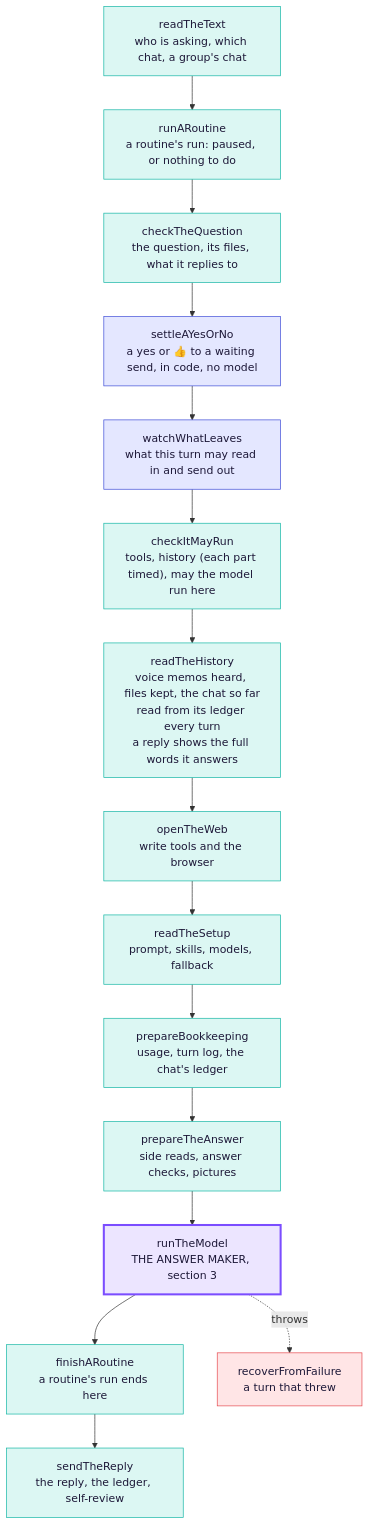
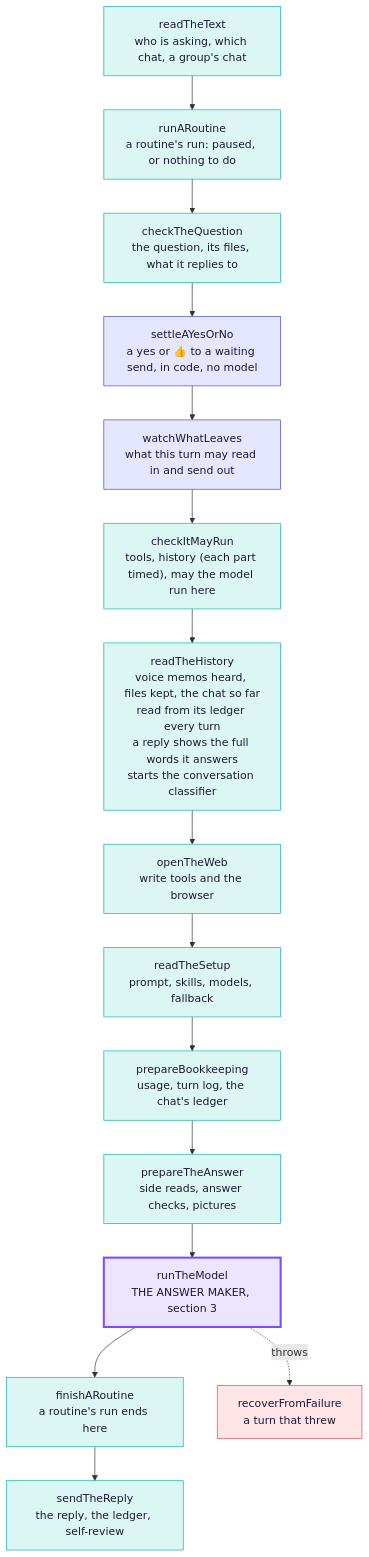
The second of 3 diagrams in docs/architecture/tex.md (Supa-Media/context), drawn with Mermaid before and after one commit. The commit also changed other lines of this file and 17 other files, not shown here.

````diff
--- a/docs/architecture/tex.md
+++ b/docs/architecture/tex.md
@@ -81,24 +81,24 @@
 ```mermaid
 flowchart TB
   readTheText["readTheText<br/>who is asking, which chat, a group's chat"]:::step
   runARoutine["runARoutine<br/>a routine's run: paused, or nothing to do"]:::step
   checkTheQuestion["checkTheQuestion<br/>the question, its files, what it replies to"]:::step
   settleAYesOrNo["settleAYesOrNo<br/>a yes or 👍 to a waiting send, in code, no model"]:::rail
   watchWhatLeaves["watchWhatLeaves<br/>what this turn may read in and send out"]:::rail
   checkItMayRun["checkItMayRun<br/>tools, history (each part timed), may the model run here"]:::step
-  readTheHistory["readTheHistory<br/>voice memos heard, files kept, the chat so far<br/>read from its ledger every turn<br/>a reply shows the full words it answers"]:::step
+  readTheHistory["readTheHistory<br/>voice memos heard, files kept, the chat so far<br/>read from its ledger every turn<br/>a reply shows the full words it answers<br/>starts the conversation classifier"]:::step
   openTheWeb["openTheWeb<br/>write tools and the browser"]:::step
   readTheSetup["readTheSetup<br/>prompt, skills, models, fallback"]:::step
   prepareBookkeeping["prepareBookkeeping<br/>usage, turn log, the chat's ledger"]:::step
   prepareTheAnswer["prepareTheAnswer<br/>side reads, answer checks, pictures"]:::step
   runTheModel["runTheModel<br/>THE ANSWER MAKER, section 3"]:::model
   finishARoutine["finishARoutine<br/>a routine's run ends here"]:::step
   sendTheReply["sendTheReply<br/>the reply, the ledger, self-review"]:::step
   recoverFromFailure["recoverFromFailure<br/>a turn that threw"]:::fail
   readTheText --> runARoutine --> checkTheQuestion --> settleAYesOrNo --> watchWhatLeaves --> checkItMayRun --> readTheHistory --> openTheWeb --> readTheSetup --> prepareBookkeeping --> prepareTheAnswer --> runTheModel --> finishARoutine --> sendTheReply
   runTheModel -. throws .-> recoverFromFailure
   classDef step fill:#dcf7f3,stroke:#11b5a4,color:#1d1838
   classDef rail fill:#e4e7ff,stroke:#3c4bd6,color:#1d1838
   classDef model fill:#ece5ff,stroke:#7b4dff,stroke-width:3px,color:#1d1838
   classDef fail fill:#ffe5e6,stroke:#e5484d,color:#1d1838
 ```
````
